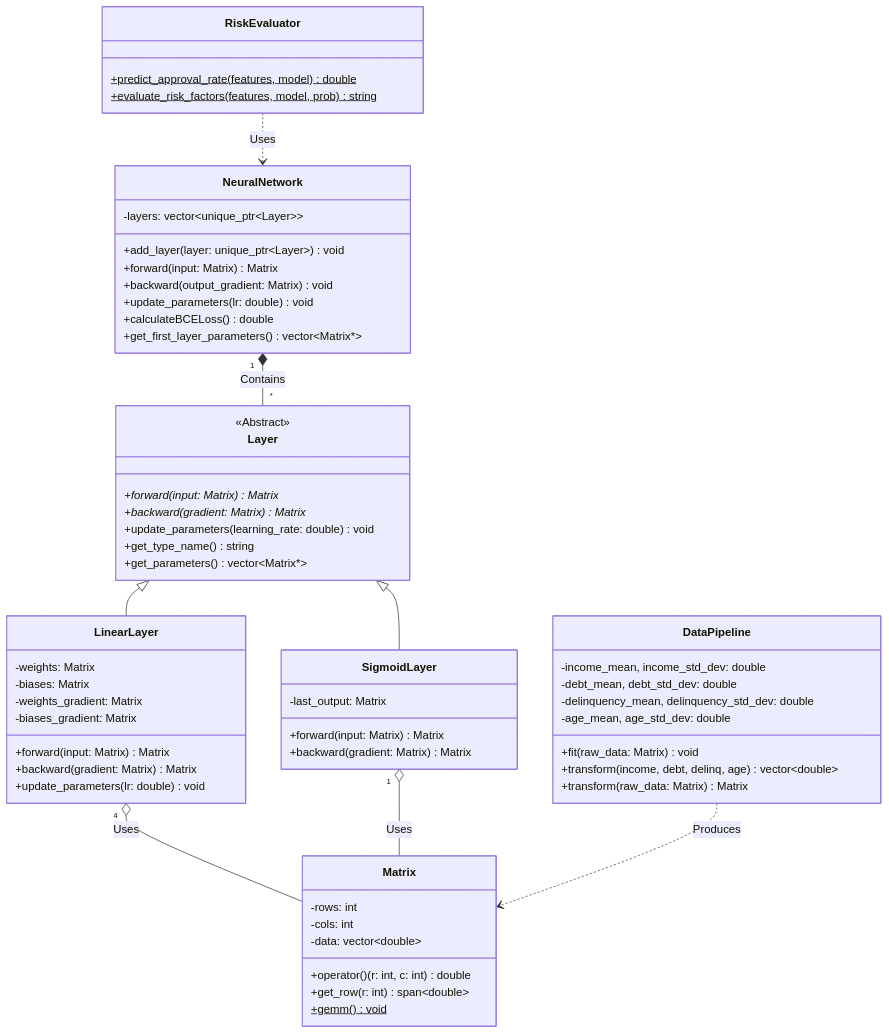
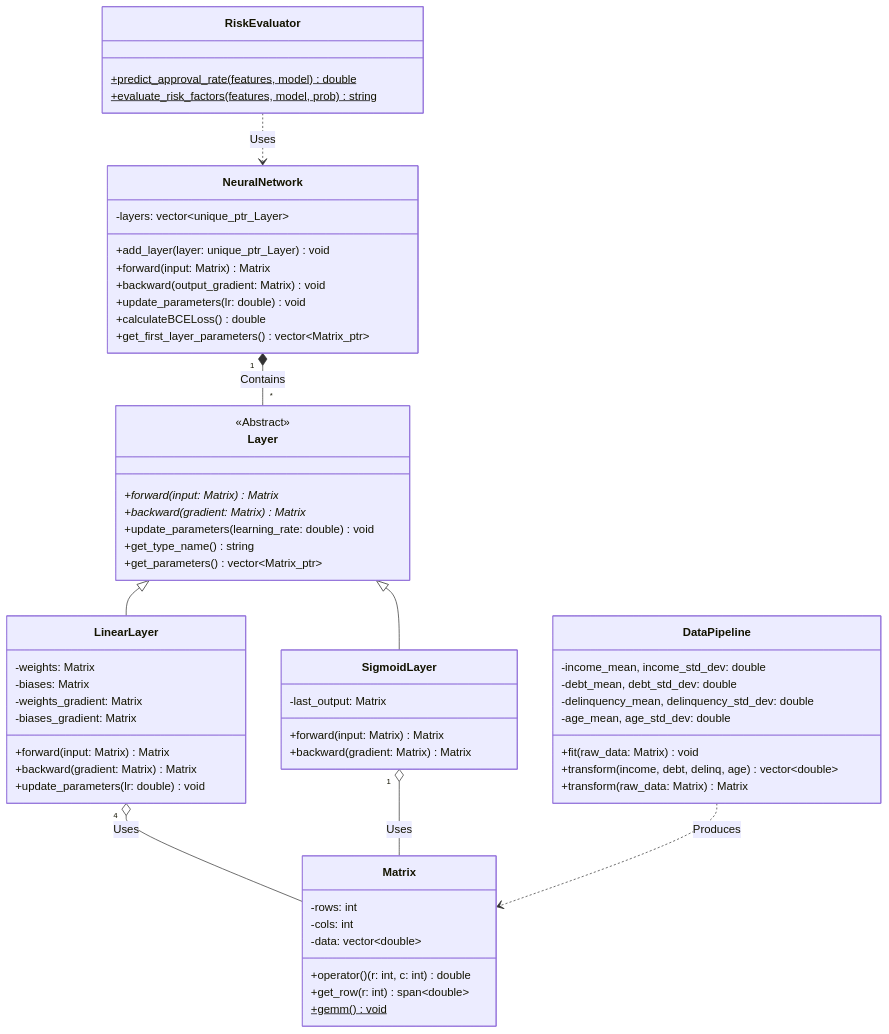
One commit to Yuno-20EA/ML-RiskGuard-OOP-GiuaKy- changed the first of 2 diagrams in README.md. Above: the diagram before and after it, drawn with Mermaid. The commit also changed other lines of this file, not shown here.

````diff
--- a/README.md
+++ b/README.md
@@ -48,69 +48,69 @@
 ```mermaid
 classDiagram
     class Layer {
         <<Abstract>>
         +forward(input: Matrix) Matrix*
         +backward(gradient: Matrix) Matrix*
         +update_parameters(learning_rate: double) void
         +get_type_name() string
-        +get_parameters() vector~Matrix*~
+        +get_parameters() vector~Matrix_ptr~
     }
 
     class LinearLayer {
         -weights: Matrix
         -biases: Matrix
         -weights_gradient: Matrix
         -biases_gradient: Matrix
         +forward(input: Matrix) Matrix
         +backward(gradient: Matrix) Matrix
         +update_parameters(lr: double) void
     }
 
     class SigmoidLayer {
         -last_output: Matrix
         +forward(input: Matrix) Matrix
         +backward(gradient: Matrix) Matrix
     }
 
     class NeuralNetwork {
-        -layers: vector~unique_ptr~Layer~~
-        +add_layer(layer: unique_ptr~Layer~) void
+        -layers: vector~unique_ptr_Layer~
+        +add_layer(layer: unique_ptr_Layer) void
         +forward(input: Matrix) Matrix
         +backward(output_gradient: Matrix) void
         +update_parameters(lr: double) void
         +calculateBCELoss() double
-        +get_first_layer_parameters() vector~Matrix*~
+        +get_first_layer_parameters() vector~Matrix_ptr~
     }
 
     class Matrix {
         -rows: int
         -cols: int
         -data: vector~double~
         +operator()(r: int, c: int) double
         +get_row(r: int) span~double~
-        +gemm() void$
+        +gemm()$ void
     }
 
     class RiskEvaluator {
-        +predict_approval_rate(features, model) double$
-        +evaluate_risk_factors(features, model, prob) string$
+        +predict_approval_rate(features, model)$ double
+        +evaluate_risk_factors(features, model, prob)$ string
     }
 
     class DataPipeline {
         -income_mean, income_std_dev: double
         -debt_mean, debt_std_dev: double
         -delinquency_mean, delinquency_std_dev: double
         -age_mean, age_std_dev: double
         +fit(raw_data: Matrix) void
         +transform(income, debt, delinq, age) vector~double~
         +transform(raw_data: Matrix) Matrix
     }
 
     Layer <|-- LinearLayer
     Layer <|-- SigmoidLayer
     NeuralNetwork "1" *-- "*" Layer : Contains
     LinearLayer "4" o-- Matrix : Uses
     SigmoidLayer "1" o-- Matrix : Uses
     RiskEvaluator ..> NeuralNetwork : Uses
     DataPipeline ..> Matrix : Produces
 ```
````
